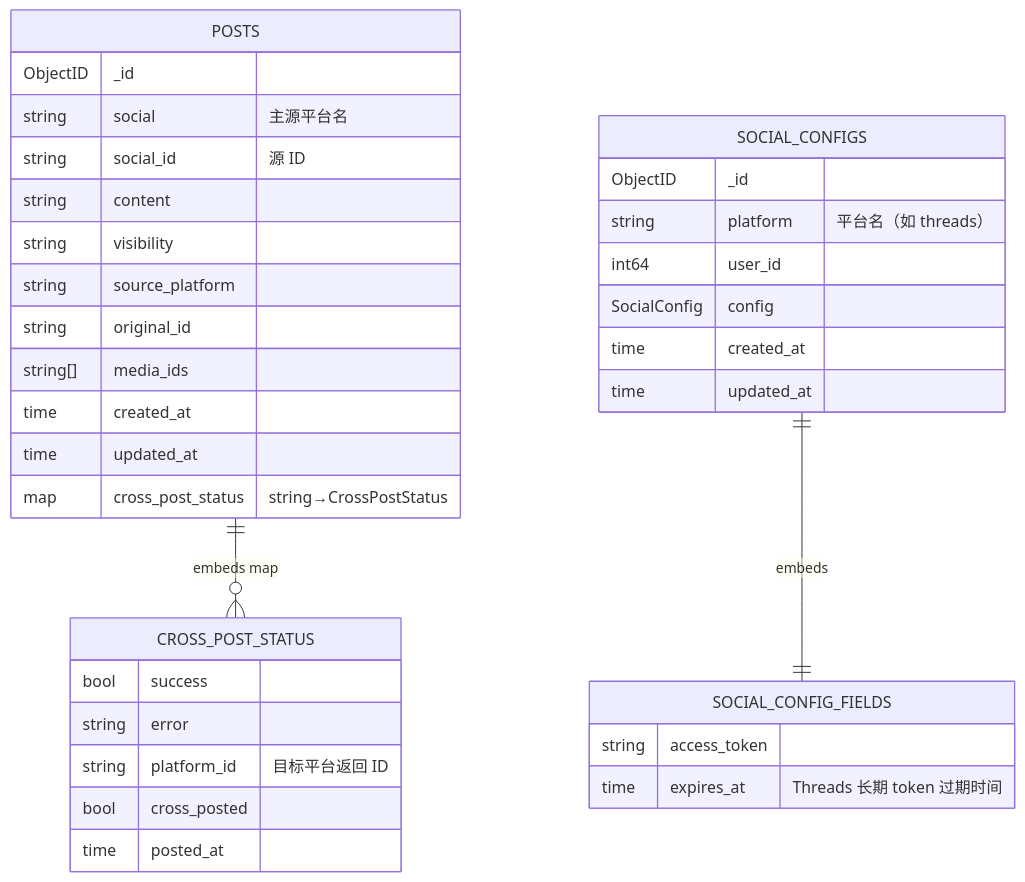
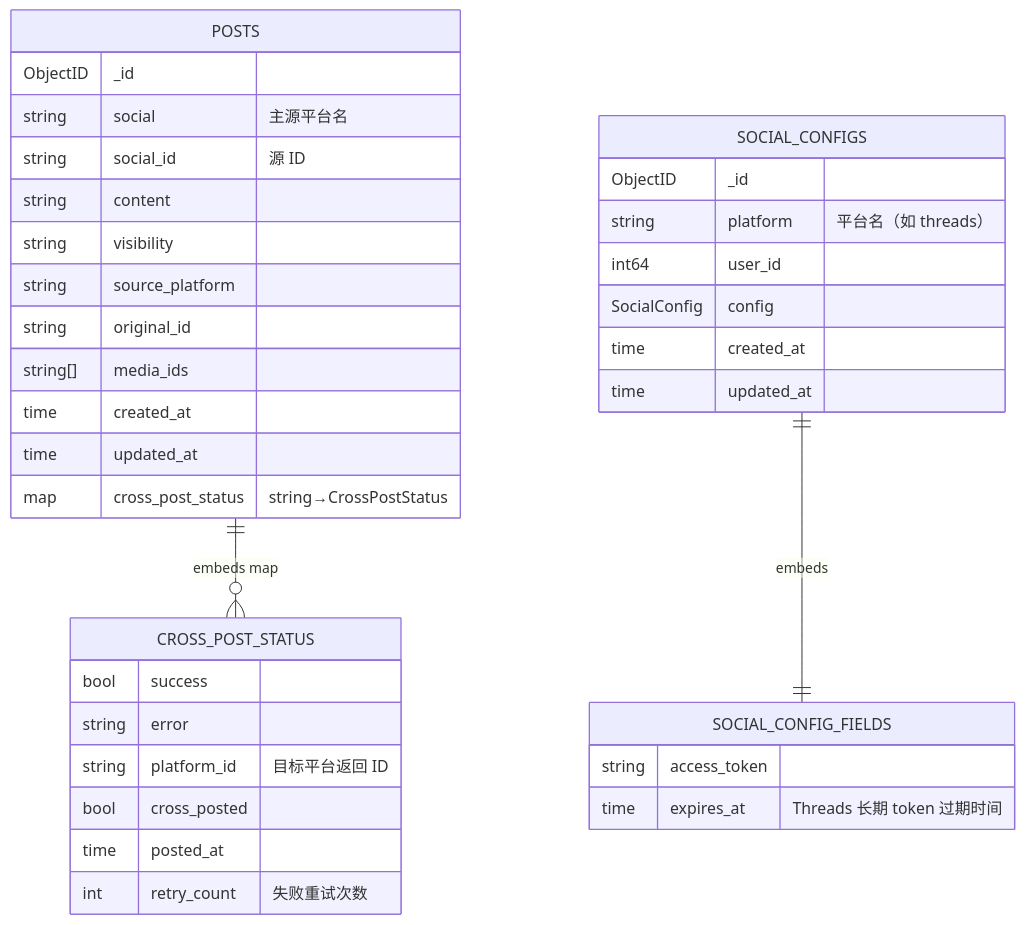
Before and after one commit to orvice/HyperSync: the diagram in docs/data-model.md, drawn with Mermaid. The commit also changed other lines of this file and 7 other files, not shown here.

````diff
--- a/docs/data-model.md
+++ b/docs/data-model.md
@@ -7,41 +7,42 @@
 ```mermaid
 erDiagram
     POSTS ||--o{ CROSS_POST_STATUS : "embeds map"
     SOCIAL_CONFIGS ||--|| SOCIAL_CONFIG_FIELDS : "embeds"
 
     POSTS {
         ObjectID _id
         string social "主源平台名"
         string social_id "源 ID"
         string content
         string visibility
         string source_platform
         string original_id
         string[] media_ids
         time created_at
         time updated_at
         map cross_post_status "string→CrossPostStatus"
     }
 
     CROSS_POST_STATUS {
         bool success
         string error
         string platform_id "目标平台返回 ID"
         bool cross_posted
         time posted_at
+        int retry_count "失败重试次数"
     }
 
     SOCIAL_CONFIGS {
         ObjectID _id
         string platform "平台名（如 threads）"
         int64 user_id
         SocialConfig config
         time created_at
         time updated_at
     }
 
     SOCIAL_CONFIG_FIELDS {
         string access_token
         time expires_at "Threads 长期 token 过期时间"
     }
 ```
````
